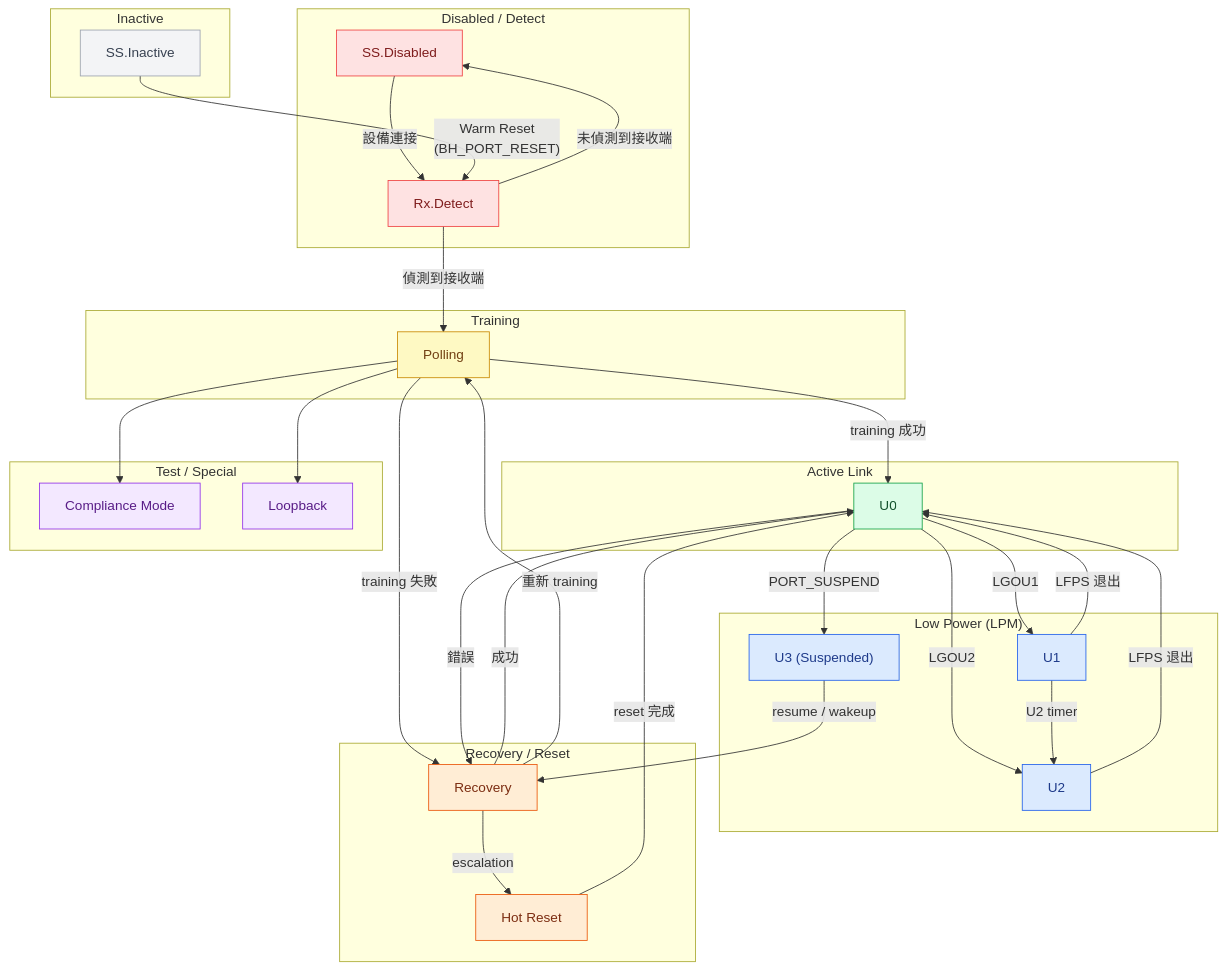
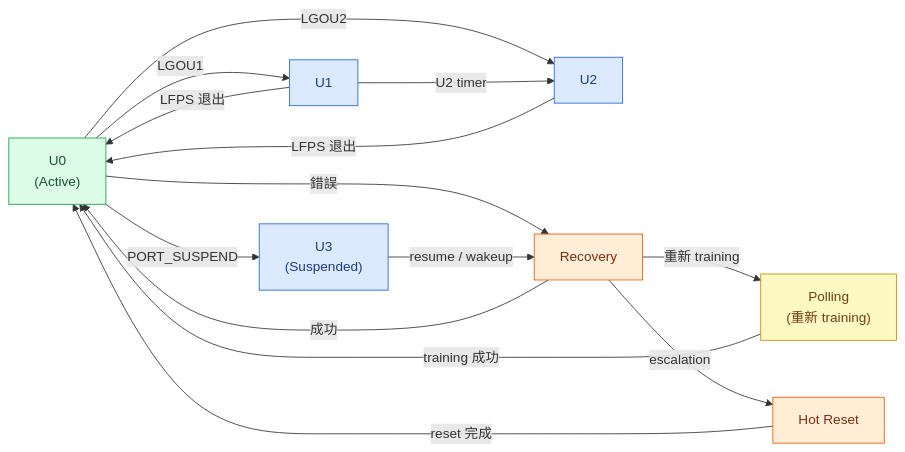
Before and after one commit to Gavin0099/usb-if-hub-spec-reference: the second of 2 diagrams in specs/usb3/ss_ltssm.md, drawn with Mermaid. The commit also changed 2 other files, not shown here.

Commit message:
fix(diagram): split LTSSM TD diagram into 2 focused LR diagrams for readability
Replace single flowchart TD (21 nodes, 7 subgraphs) with two flowchart LR
diagrams: Diagram 1 covers link startup/training path; Diagram 2 covers
U-state power management and recovery. LR direction spreads nodes
horizontally for legibility at typical viewport widths.

Add Mermaid scroll CSS to custom.css: min-width 520px + overflow-x auto
prevents SVG from being compressed below readable size.

ZH + EN both updated. Build 0 errors.

````diff
--- a/specs/usb3/ss_ltssm.md
+++ b/specs/usb3/ss_ltssm.md
@@ -60,77 +98,37 @@
 ```mermaid
-flowchart TD
-    classDef disabled fill:#fee2e2,stroke:#ef4444,color:#7f1d1d
-    classDef inactive fill:#f3f4f6,stroke:#9ca3af,color:#374151
-    classDef training fill:#fef9c3,stroke:#ca8a04,color:#713f12
+flowchart LR
     classDef active fill:#dcfce7,stroke:#16a34a,color:#14532d
     classDef lowpower fill:#dbeafe,stroke:#2563eb,color:#1e3a8a
     classDef recovery fill:#ffedd5,stroke:#ea580c,color:#7c2d12
-    classDef test fill:#f3e8ff,stroke:#9333ea,color:#581c87
+    classDef training fill:#fef9c3,stroke:#ca8a04,color:#713f12
 
-    subgraph DD["Disabled / Detect"]
-        SS_Disabled["SS.Disabled"]:::disabled
-        Rx_Detect["Rx.Detect"]:::disabled
-    end
+    U0["U0\n(Active)"]:::active
+    U1["U1"]:::lowpower
+    U2["U2"]:::lowpower
+    U3["U3\n(Suspended)"]:::lowpower
+    Recovery["Recovery"]:::recovery
+    HotReset["Hot Reset"]:::recovery
+    Polling["Polling\n(重新 training)"]:::training
 
-    subgraph IA["Inactive"]
-        SS_Inactive["SS.Inactive"]:::inactive
-    end
-
-    subgraph TR["Training"]
-        Polling["Polling"]:::training
-    end
-
-    subgraph AL["Active Link"]
-        U0["U0"]:::active
-    end
-
-    subgraph LP["Low Power (LPM)"]
-        U1["U1"]:::lowpower
-        U2["U2"]:::lowpower
-        U3["U3 (Suspended)"]:::lowpower
-    end
-
-    subgraph RR["Recovery / Reset"]
-        Recovery["Recovery"]:::recovery
-        HotReset["Hot Reset"]:::recovery
-    end
-
-    subgraph TS["Test / Special"]
-        Compliance["Compliance Mode"]:::test
-        Loopback["Loopback"]:::test
-    end
-
-    SS_Disabled -->|"設備連接"| Rx_Detect
-    SS_Inactive -->|"Warm Reset\n(BH_PORT_RESET)"| Rx_Detect
-    Rx_Detect -->|"偵測到接收端"| Polling
-    Rx_Detect -->|"未偵測到接收端"| SS_Disabled
-    Polling -->|"training 成功"| U0
-    Polling -->|"training 失敗"| Recovery
-    Polling --> Compliance
-    Polling --> Loopback
     U0 -->|"LGOU1"| U1
     U0 -->|"LGOU2"| U2
     U0 -->|"PORT_SUSPEND"| U3
     U0 -->|"錯誤"| Recovery
     U1 -->|"LFPS 退出"| U0
     U1 -->|"U2 timer"| U2
     U2 -->|"LFPS 退出"| U0
     U3 -->|"resume / wakeup"| Recovery
     Recovery -->|"成功"| U0
     Recovery -->|"重新 training"| Polling
     Recovery -->|"escalation"| HotReset
     HotReset -->|"reset 完成"| U0
+    Polling -->|"training 成功"| U0
 
     click U0 "./ss_port_state_machine" "U-State 轉換規則"
     click U1 "./ss_port_state_machine" "U-State 轉換規則"
     click U2 "./ss_port_state_machine" "U-State 轉換規則"
     click U3 "./ss_port_state_machine" "U-State 轉換規則"
-    click SS_Disabled "#高層次轉換導向" "轉換導向表"
-    click Rx_Detect "#高層次轉換導向" "轉換導向表"
-    click Polling "#高層次轉換導向" "轉換導向表"
     click Recovery "#高層次轉換導向" "轉換導向表"
     click HotReset "#高層次轉換導向" "轉換導向表"
-    click SS_Inactive "#高層次轉換導向" "轉換導向表"
-    click Compliance "#hub-port-state-對應關係" "Hub Port State 對應"
-    click Loopback "#hub-port-state-對應關係" "Hub Port State 對應"
+    click Polling "#高層次轉換導向" "轉換導向表"
 ```
````
